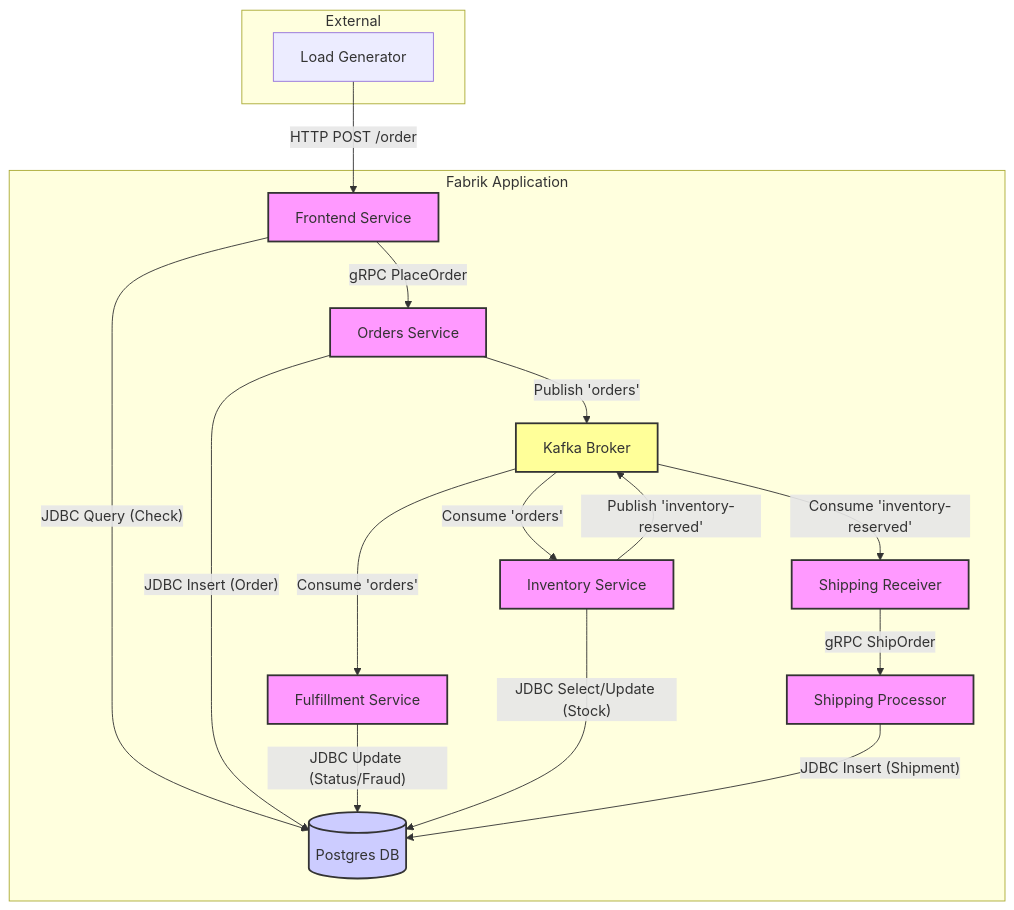
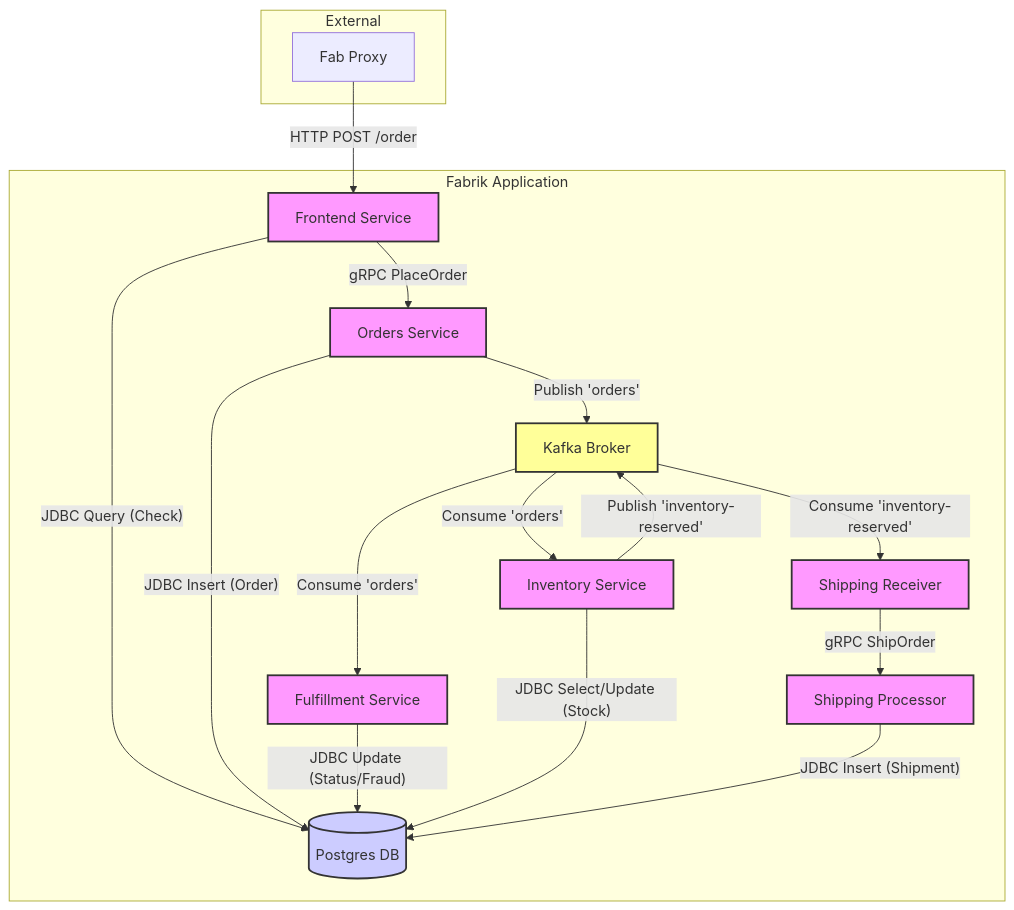
One commit to mreider/fabrik changed the diagram in README.md. Above: the diagram before and after it, drawn with Mermaid. The commit also changed 7 other files, not shown here.

Commit message:
Rename load-generator to fab-proxy

````diff
--- a/README.md
+++ b/README.md
@@ -5,52 +5,52 @@
 ```mermaid
 flowchart TD
     subgraph "External"
-        LG[Load Generator]
+        LG[Fab Proxy]
     end
 
     subgraph "Fabrik Application"
         FE[Frontend Service]
         OS[Orders Service]
         FS[Fulfillment Service]
         IS[Inventory Service]
         SR[Shipping Receiver]
         SP[Shipping Processor]
         
         DB[(Postgres DB)]
         K[Kafka Broker]
     end
 
     %% Load Generation
     LG -- "HTTP POST /order" --> FE
 
     %% Frontend Flow
     FE -- "JDBC Query (Check)" --> DB
     FE -- "gRPC PlaceOrder" --> OS
 
     %% Orders Flow
     OS -- "JDBC Insert (Order)" --> DB
     OS -- "Publish 'orders'" --> K
 
     %% Fulfillment Flow (Async)
     K -- "Consume 'orders'" --> FS
     FS -- "JDBC Update (Status/Fraud)" --> DB
 
     %% Inventory Flow (Async)
     K -- "Consume 'orders'" --> IS
     IS -- "JDBC Select/Update (Stock)" --> DB
     IS -- "Publish 'inventory-reserved'" --> K
 
     %% Shipping Flow (Async + Sync)
     K -- "Consume 'inventory-reserved'" --> SR
     SR -- "gRPC ShipOrder" --> SP
     SP -- "JDBC Insert (Shipment)" --> DB
 
     %% Styling
     classDef service fill:#f9f,stroke:#333,stroke-width:2px;
     classDef db fill:#ccf,stroke:#333,stroke-width:2px;
     classDef queue fill:#ff9,stroke:#333,stroke-width:2px;
     
     class FE,OS,FS,IS,SR,SP service;
     class DB db;
     class K queue;
 ```
````
